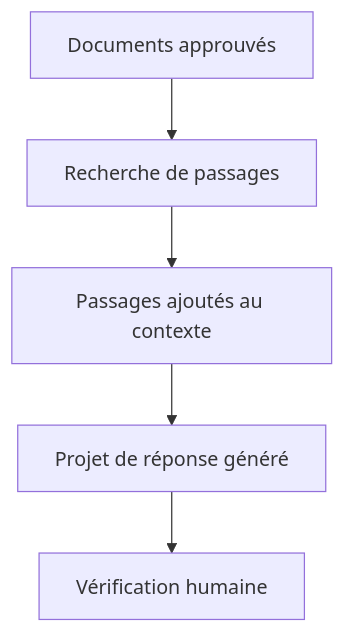
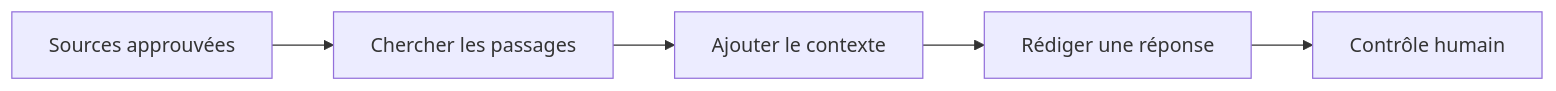
The diagram in teaching/visuals/s01/fr/rag.mmd (Ange230700/ibm-ai-foundations-for-everyone-notes), drawn with Mermaid before and after one commit. The commit also changed 54 other files, not shown here.

Commit message:
fix(presentations): improve teaching diagram legibility

```diff
--- a/teaching/visuals/s01/fr/rag.mmd
+++ b/teaching/visuals/s01/fr/rag.mmd
@@ -1,5 +1,5 @@
-flowchart TB
- A["Documents approuvés"] --> B["Recherche de passages"]
- B --> C["Passages ajoutés au contexte"]
- C --> D["Projet de réponse généré"]
- D --> E["Vérification humaine"]
+flowchart LR
+ A["Sources approuvées"] --> B["Chercher les passages"]
+ B --> C["Ajouter le contexte"]
+ C --> D["Rédiger une réponse"]
+ D --> E["Contrôle humain"]
```
